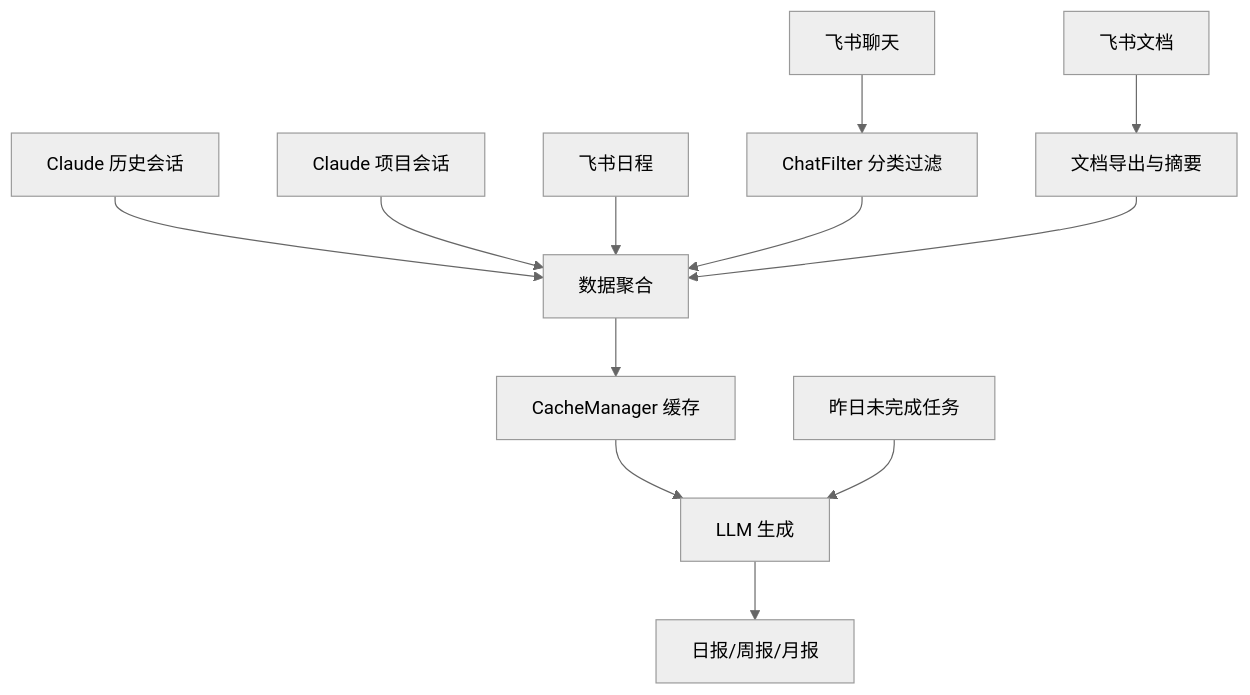
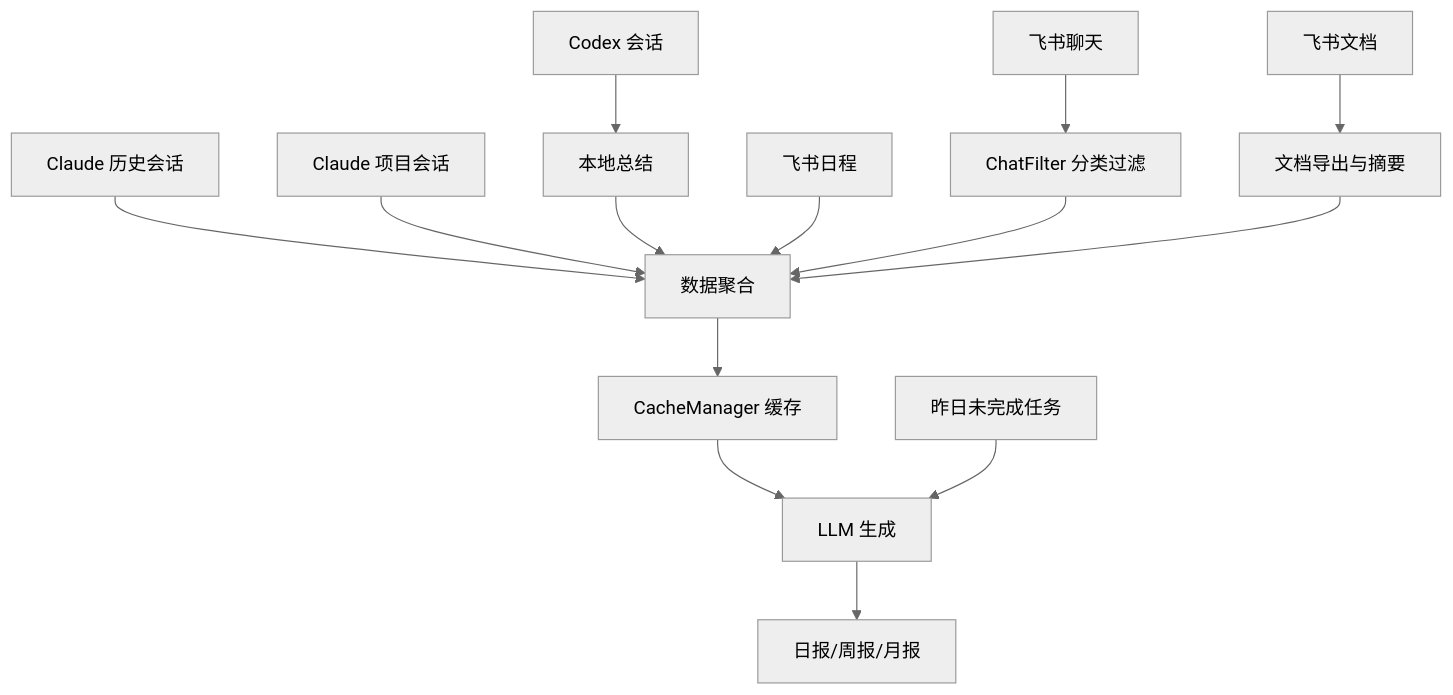
The first of 2 diagrams in README.md (Gahyu96/daily_report), drawn with Mermaid (neutral theme) before and after one commit. The commit also changed other lines of this file and 11 other files, not shown here.

````diff
--- a/README.md
+++ b/README.md
@@ -136,14 +163,16 @@
 ```mermaid
 graph TD
     A[Claude 历史会话] --> B
     C[Claude 项目会话] --> B
+    X[Codex 会话] --> Y[本地总结]
+    Y --> B
     D[飞书聊天] --> E[ChatFilter 分类过滤]
     F[飞书文档] --> G[文档导出与摘要]
     H[飞书日程] --> B
     E --> B[数据聚合]
     G --> B
     B --> I[CacheManager 缓存]
     I --> J[LLM 生成]
     K[昨日未完成任务] --> J
     J --> L[日报/周报/月报]
 ```
````
